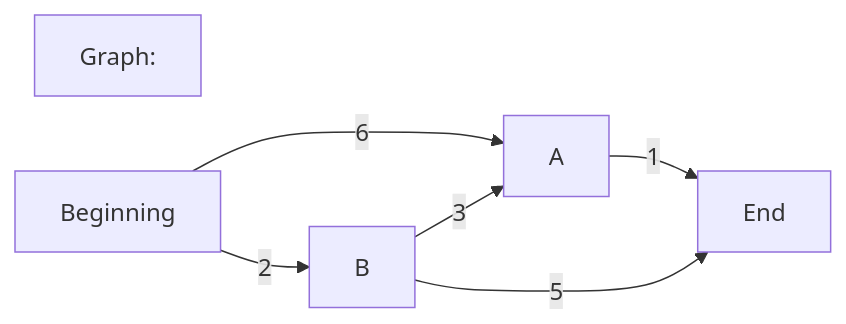
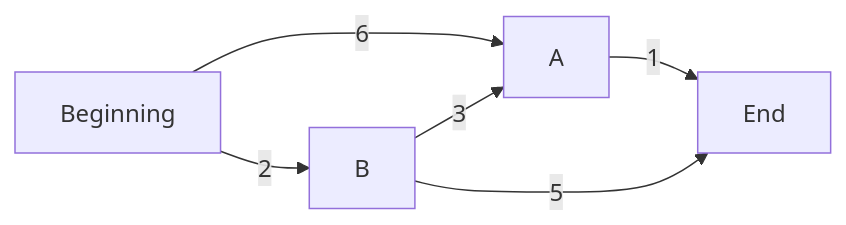
Before and after one commit to gbastosdev/algorithms_studies: the diagram in Graphs/Balanced Graph/README.md, drawn with Mermaid. The commit also changed other lines of this file and 2 other files, not shown here.

Commit message:
Added djikstra and greedy folders.

````diff
--- a/Graphs/Balanced Graph/README.md
+++ b/Graphs/Balanced Graph/README.md
@@ -10,9 +8,8 @@
-        ```mermaid
-        graph LR
-        Graph:
-            Beginning -- 6 --> A
-            Beginning -- 2 --> B
-            B -- 3 --> A
-            B -- 5 --> End
-            A -- 1 --> End
-        ```
+    ```mermaid
+    graph LR
+        Beginning -- 6 --> A
+        Beginning -- 2 --> B
+        B -- 3 --> A
+        B -- 5 --> End
+        A -- 1 --> End
+    ```
````
